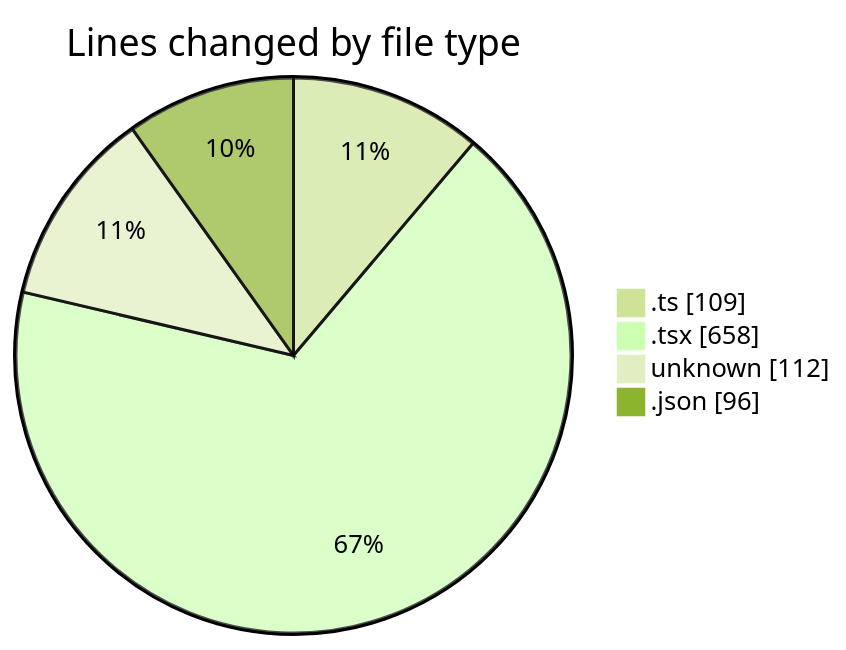
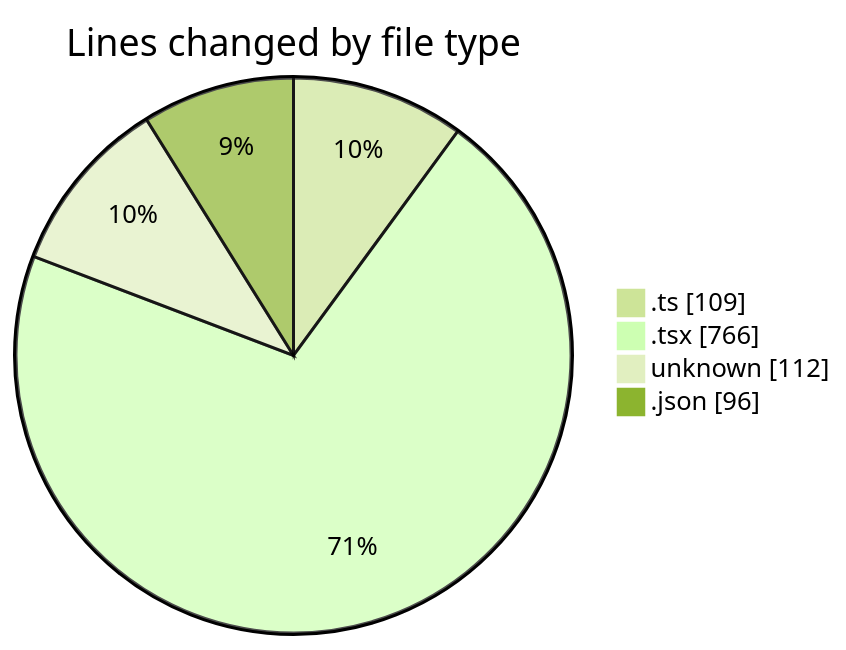
Before and after one commit to momahboobian/code-tracking: the first of 2 diagrams in 2026-04-29/cda/README.md, drawn with Mermaid (forest theme). The commit also changed other lines of this file and 1 other file, not shown here.

````diff
--- a/2026-04-29/cda/README.md
+++ b/2026-04-29/cda/README.md
@@ -32,8 +32,8 @@
 ```mermaid
 pie showData
 title Lines changed by file type
 ".ts" : 109
-".tsx" : 658
+".tsx" : 766
 "unknown" : 112
 ".json" : 96
 ```
````
